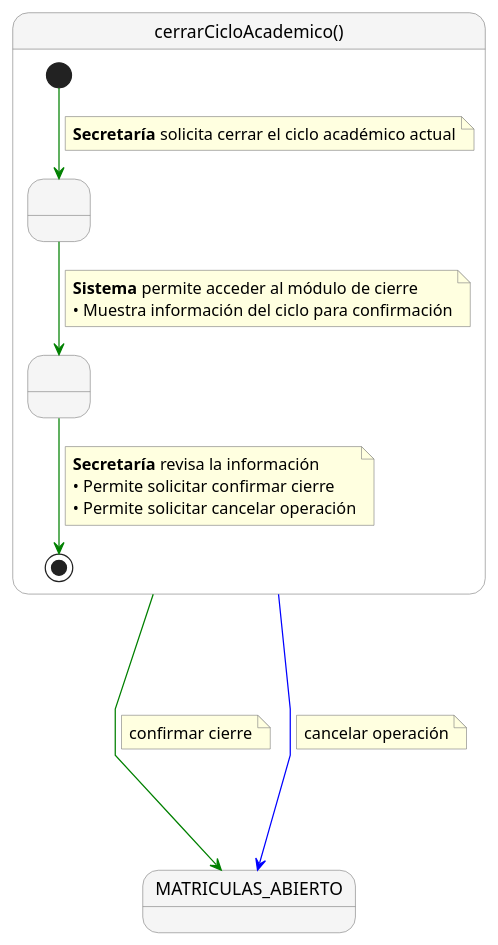
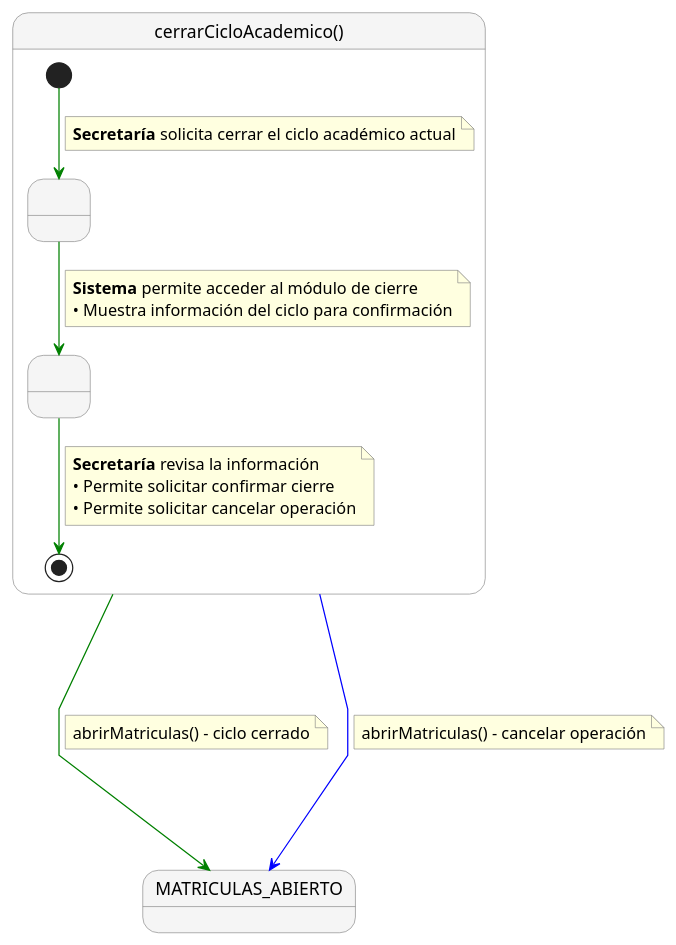
One commit to enmabry/25-26-IdSw1-SdR changed the diagram in documents/CasosDeUso/DetalladoCasosDeUso/Secretaria/cerrarCicloAcademico.puml. Above: the diagram before and after it, drawn with PlantUML. The commit also changed 18 other files, not shown here.

```diff
--- a/documents/CasosDeUso/DetalladoCasosDeUso/Secretaria/cerrarCicloAcademico.puml
+++ b/documents/CasosDeUso/DetalladoCasosDeUso/Secretaria/cerrarCicloAcademico.puml
@@ -1,45 +1,45 @@
 @startuml
 skinparam nodesep 60
 skinparam ranksep 60
 skinparam linetype polyline
 skinparam NoteBackgroundColor lightyellow
 skinparam NoteBorderColor gray
 skinparam StateBackgroundColor #F5F5F5
 skinparam StateBorderColor gray
 
 state "cerrarCicloAcademico()" as cerrarCicloAcademico {
    
     state " " as Paso1
     state " " as Paso2
    
     [*] -[#green]-> Paso1
     note on link
       <b>Secretaría</b> solicita cerrar el ciclo académico actual
     end note
    
     Paso1 -[#green]-> Paso2
     note on link
       <b>Sistema</b> permite acceder al módulo de cierre
       • Muestra información del ciclo para confirmación
     end note
    
     Paso2 -[#green]-> [*]
     note on link
       <b>Secretaría</b> revisa la información
       • Permite solicitar confirmar cierre
       • Permite solicitar cancelar operación
     end note
 }
 
 state "MATRICULAS_ABIERTO" as MATRICULAS_ABIERTO
 
 cerrarCicloAcademico -[#green]---> MATRICULAS_ABIERTO
 note right on link
-  confirmar cierre
+  abrirMatriculas() - ciclo cerrado
 end note
 
 cerrarCicloAcademico -[#blue]---> MATRICULAS_ABIERTO
 note right on link
-  cancelar operación
+  abrirMatriculas() - cancelar operación
 end note
 @enduml
```
